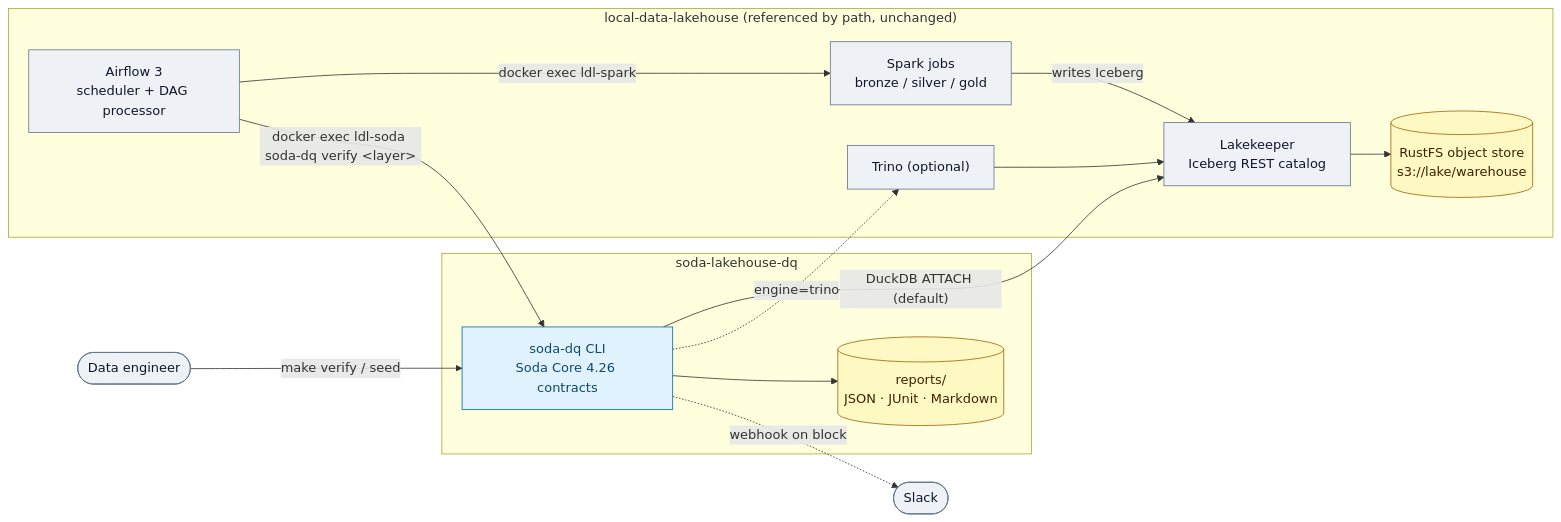
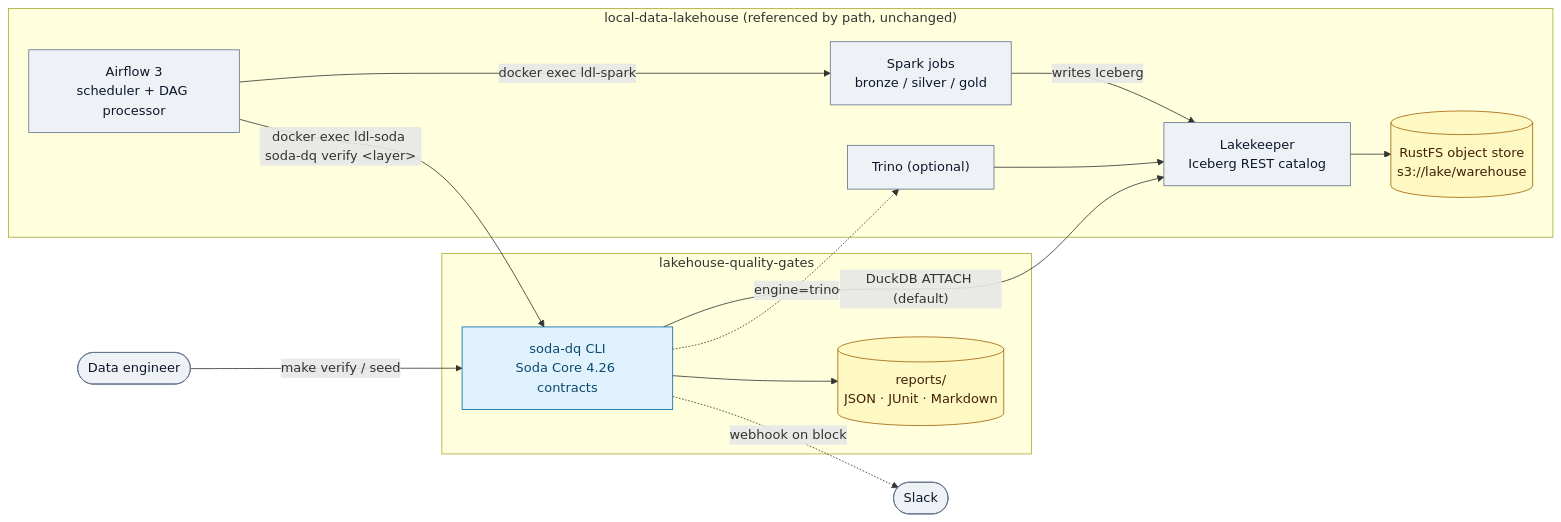
Before and after one commit to santoshshinde2012/lakehouse-quality-gates: the first of 8 diagrams in docs/architecture.md, drawn with Mermaid. The commit also changed other lines of this file and 7 other files, not shown here.

First line of the commit message:
chore: rename distribution and image to lakehouse-quality-gates, bump to 0.2.0

````diff
--- a/docs/architecture.md
+++ b/docs/architecture.md
@@ -9,31 +9,31 @@
 ```mermaid
 flowchart LR
   ENG(["Data engineer"]):::ext
   SL(["Slack"]):::ext
   subgraph LDL["local-data-lakehouse (referenced by path, unchanged)"]
     AF["Airflow 3<br/>scheduler + DAG processor"]:::ext
     SP["Spark jobs<br/>bronze / silver / gold"]:::ext
     LK["Lakekeeper<br/>Iceberg REST catalog"]:::ext
     TR["Trino (optional)"]:::ext
     OS[("RustFS object store<br/>s3://lake/warehouse")]:::store
   end
-  subgraph DQ["soda-lakehouse-dq"]
+  subgraph DQ["lakehouse-quality-gates"]
     CLI["soda-dq CLI<br/>Soda Core 4.26 contracts"]:::dq
     REP[("reports/<br/>JSON · JUnit · Markdown")]:::store
   end
   ENG -- "make verify / seed" --> CLI
   AF -- "docker exec ldl-spark" --> SP
   AF -- "docker exec ldl-soda soda-dq verify &lt;layer&gt;" --> CLI
   SP -- "writes Iceberg" --> LK
   CLI -- "DuckDB ATTACH (default)" --> LK
   CLI -. "engine=trino" .-> TR
   TR --> LK
   LK --> OS
   CLI --> REP
   CLI -. "webhook on block" .-> SL
   classDef ext fill:#eef2f7,stroke:#64748b,color:#0f172a
   classDef dq fill:#e0f2fe,stroke:#0369a1,color:#0c4a6e
   classDef store fill:#fef9c3,stroke:#a16207,color:#422006
   classDef gate fill:#dcfce7,stroke:#15803d,color:#14532d
   classDef fail fill:#fee2e2,stroke:#b91c1c,color:#7f1d1d
 ```
````
